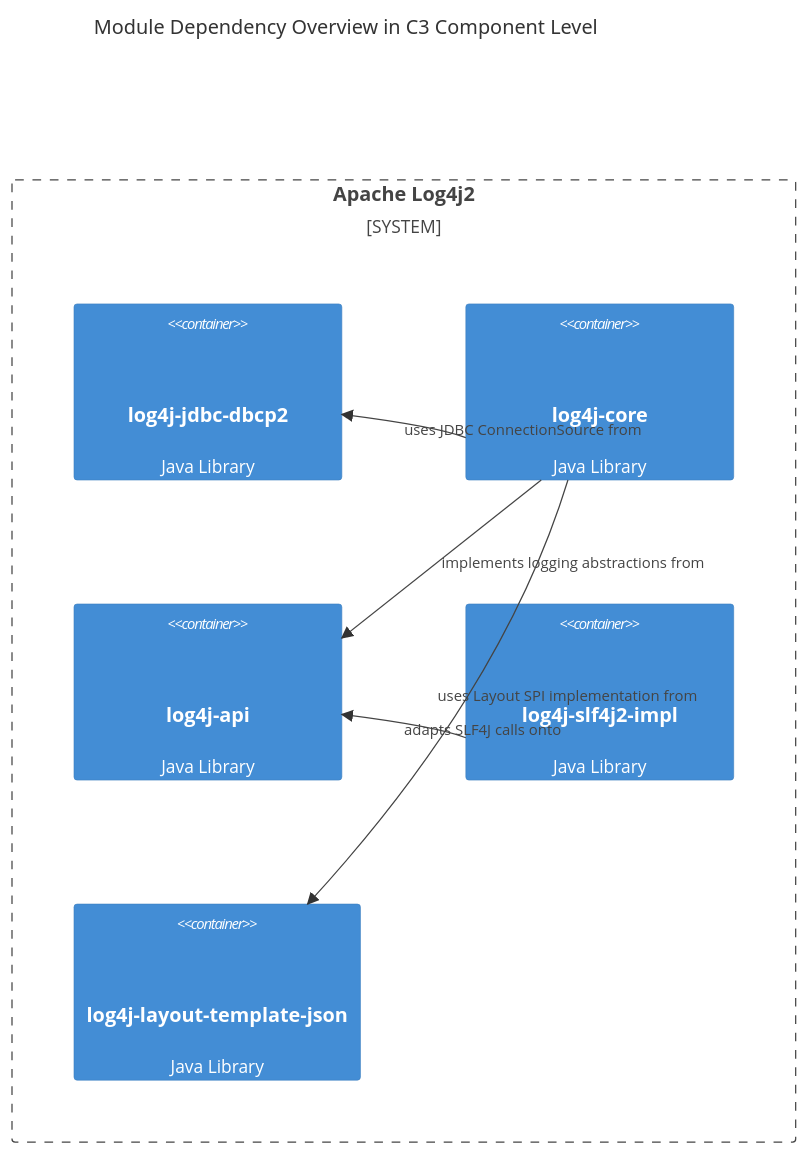
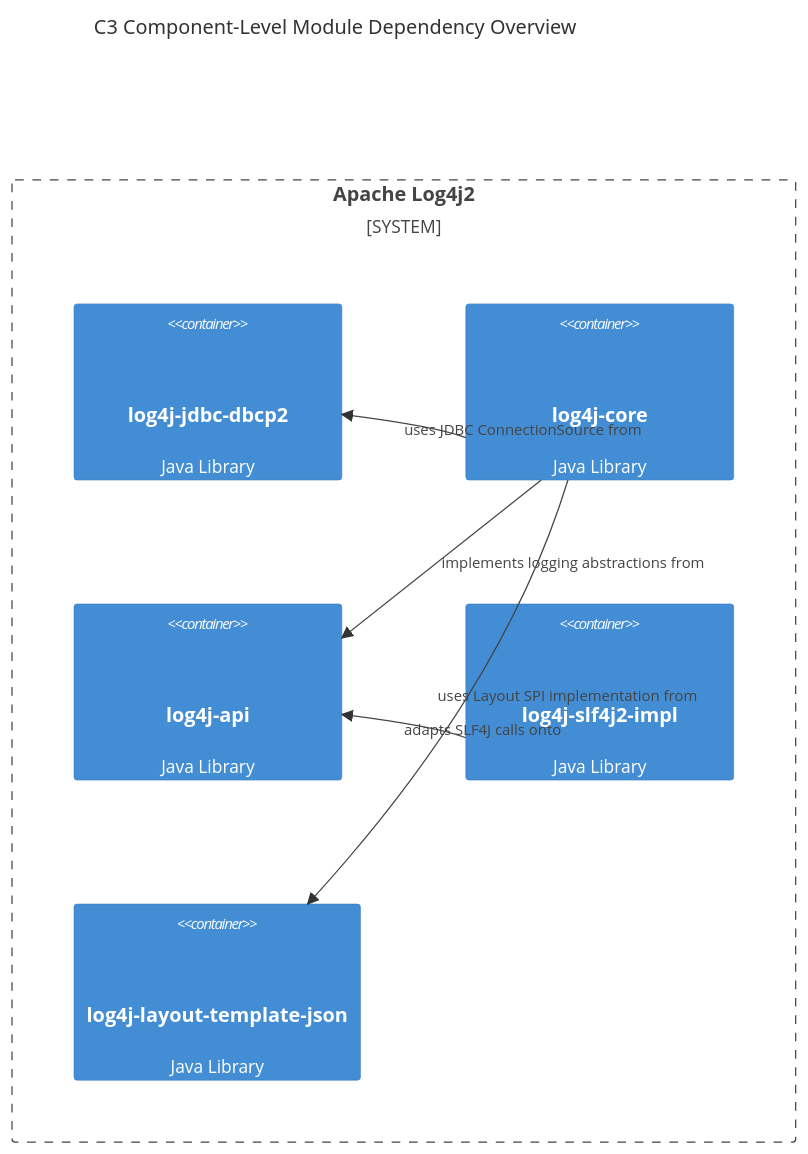
The eighth of 8 diagrams in docs/architecture.md (SwDA-Team07/AY-25-26-project), drawn with Mermaid before and after one commit. The commit also changed other lines of this file, not shown here.

First line of the commit message:
docs: Fixed diagram inconsistency

````diff
--- a/docs/architecture.md
+++ b/docs/architecture.md
@@ -299,20 +299,20 @@
 ```mermaid
 C4Container
-title Module Dependency Overview in C3 Component Level
+title C3 Component-Level Module Dependency Overview
 
 System_Boundary(log4j2, "Apache Log4j2") {
 
     Container(jdbc, "log4j-jdbc-dbcp2",, "Java Library", "JDBC connection pooling integration")
     Container(core, "log4j-core",, "Java Library", "Runtime logging engine")
     Container(api, "log4j-api",, "Java Library", "Public logging API")
     Container(slf2, "log4j-slf4j2-impl",, "Java Library", "SLF4J 2 adapter")
     Container(ltj, "log4j-layout-template-json",, "Java Library", "JSON Layout implementation")
     
     
 }
 
 Rel(core, api, "implements logging abstractions from")
 Rel(core, ltj, "uses Layout SPI implementation from")
 Rel(core, jdbc, "uses JDBC ConnectionSource from")
 Rel(slf2, api, "adapts SLF4J calls onto")
 ```
````
